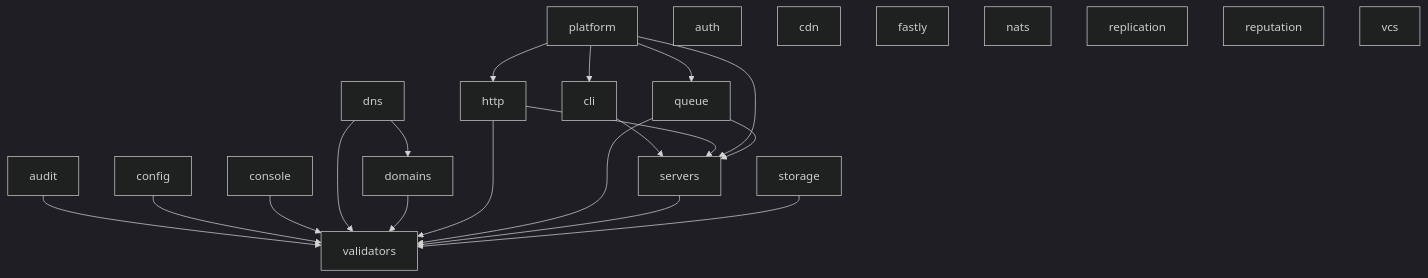
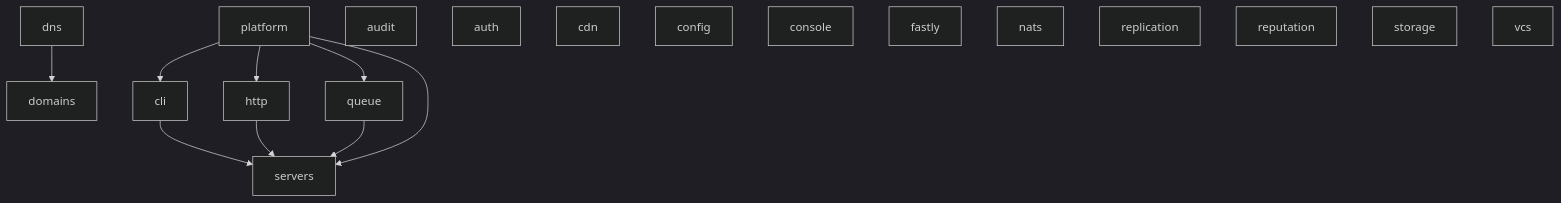
The diagram in README.md (utopia-php/monorepo), drawn with Mermaid (dark theme) before and after one commit. The commit also changed other lines of this file and 65 other files, not shown here.

````diff
--- a/README.md
+++ b/README.md
@@ -52,27 +52,22 @@
 ```mermaid
 graph TD
-    audit --> validators
     cli --> servers
-    config --> validators
-    console --> validators
-    dns --> validators
     dns --> domains
-    domains --> validators
     http --> servers
-    http --> validators
     platform --> cli
     platform --> http
     platform --> queue
     platform --> servers
     queue --> servers
-    queue --> validators
-    servers --> validators
-    storage --> validators
+    audit
     auth
     cdn
+    config
+    console
     fastly
     nats
     replication
     reputation
+    storage
     vcs
 ```
````
